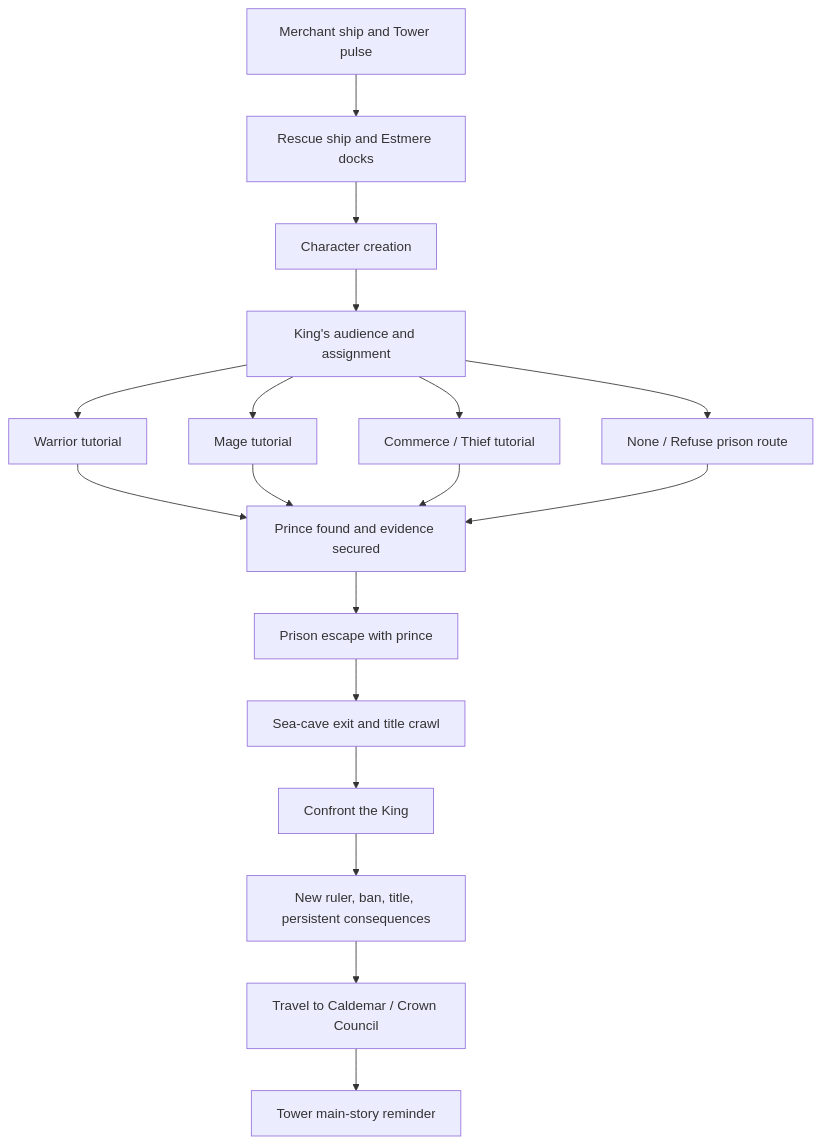
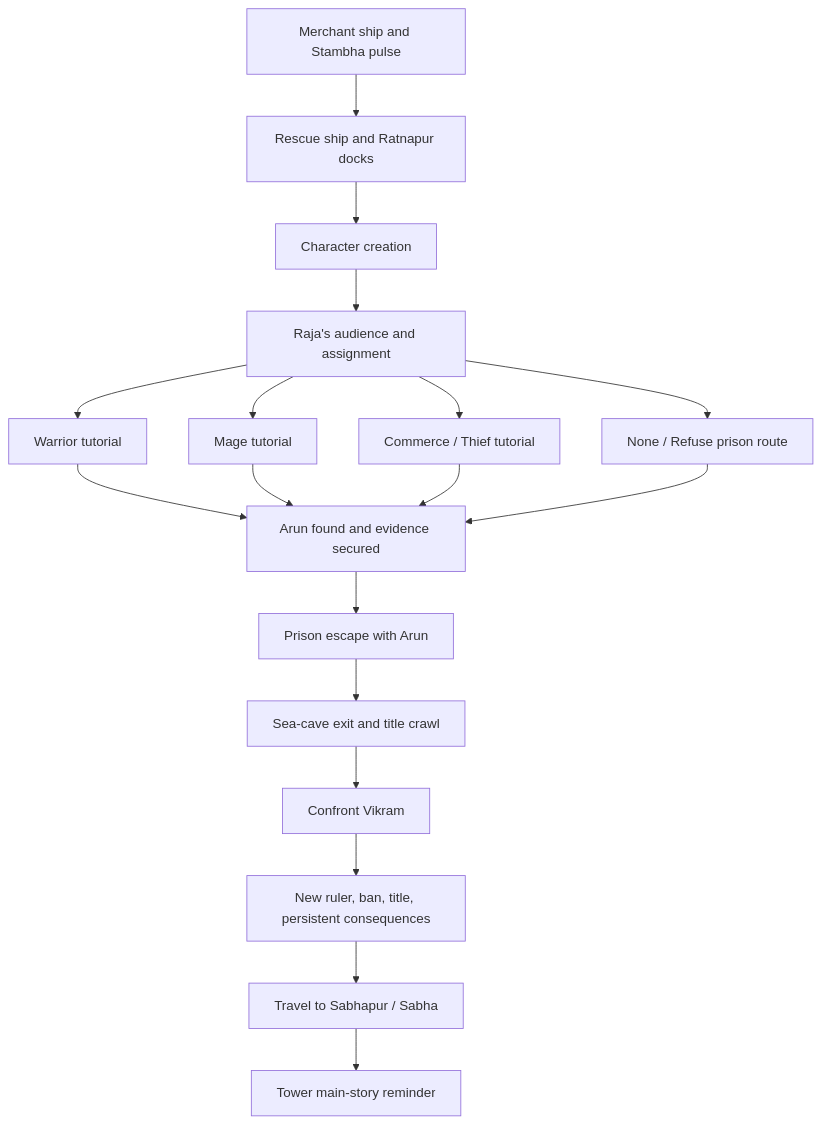
The diagram in plan.md (dattaprasad-r-ekavade/es6-iliac), drawn with Mermaid before and after one commit. The commit also changed other lines of this file and 147 other files, not shown here.

````diff
--- a/plan.md
+++ b/plan.md
@@ -405,20 +425,20 @@
 ```mermaid
 flowchart TD
-    A["Merchant ship and Tower pulse"] --> B["Rescue ship and Estmere docks"]
+    A["Merchant ship and Stambha pulse"] --> B["Rescue ship and Ratnapur docks"]
     B --> C["Character creation"]
-    C --> D["King's audience and assignment"]
+    C --> D["Raja's audience and assignment"]
     D --> W["Warrior tutorial"]
     D --> M["Mage tutorial"]
     D --> T["Commerce / Thief tutorial"]
     D --> N["None / Refuse prison route"]
-    W --> P["Prince found and evidence secured"]
+    W --> P["Arun found and evidence secured"]
     M --> P
     T --> P
     N --> P
-    P --> E["Prison escape with prince"]
+    P --> E["Prison escape with Arun"]
     E --> X["Sea-cave exit and title crawl"]
-    X --> K["Confront the King"]
+    X --> K["Confront Vikram"]
     K --> R["New ruler, ban, title, persistent consequences"]
-    R --> G["Travel to Caldemar / Crown Council"]
+    R --> G["Travel to Sabhapur / Sabha"]
     G --> H["Tower main-story reminder"]
 ```
````
